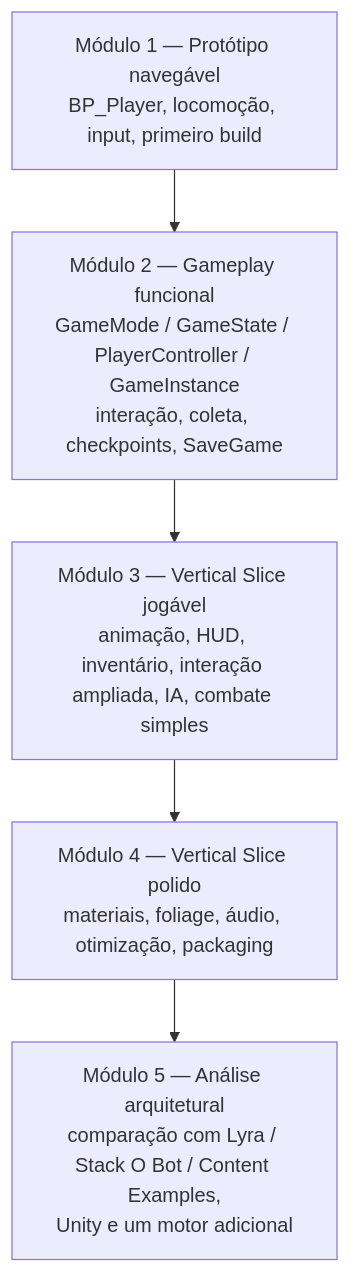
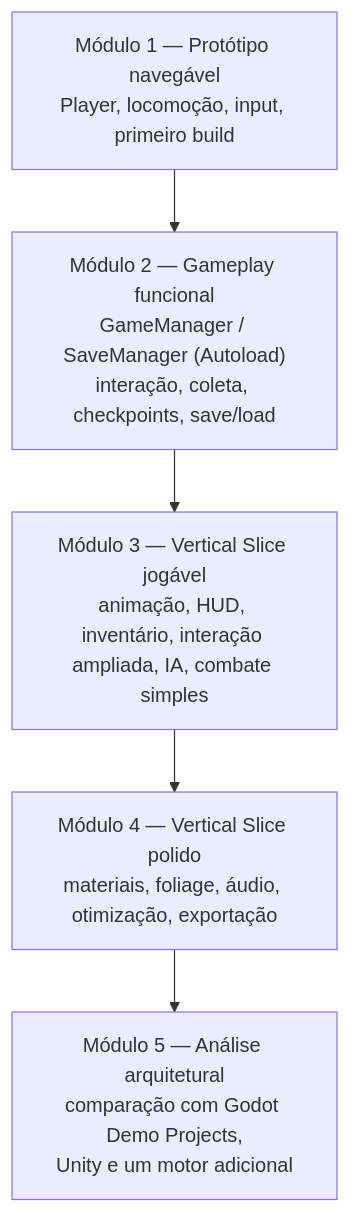
Before and after one commit to rsdevigo/tendencias-motores: the first of 2 diagrams in PROJECT_ARCHITECTURE.md, drawn with Mermaid. The commit also changed other lines of this file and 144 other files, not shown here.

````diff
--- a/PROJECT_ARCHITECTURE.md
+++ b/PROJECT_ARCHITECTURE.md
@@ -349,10 +342,10 @@
 ```mermaid
 flowchart TD
-    M1["Módulo 1 — Protótipo navegável\nBP_Player, locomoção, input, primeiro build"]
-    M2["Módulo 2 — Gameplay funcional\nGameMode / GameState / PlayerController / GameInstance\ninteração, coleta, checkpoints, SaveGame"]
+    M1["Módulo 1 — Protótipo navegável\nPlayer, locomoção, input, primeiro build"]
+    M2["Módulo 2 — Gameplay funcional\nGameManager / SaveManager (Autoload)\ninteração, coleta, checkpoints, save/load"]
     M3["Módulo 3 — Vertical Slice jogável\nanimação, HUD, inventário, interação ampliada, IA, combate simples"]
-    M4["Módulo 4 — Vertical Slice polido\nmateriais, foliage, áudio, otimização, packaging"]
-    M5["Módulo 5 — Análise arquitetural\ncomparação com Lyra / Stack O Bot / Content Examples,\nUnity e um motor adicional"]
+    M4["Módulo 4 — Vertical Slice polido\nmateriais, foliage, áudio, otimização, exportação"]
+    M5["Módulo 5 — Análise arquitetural\ncomparação com Godot Demo Projects,\nUnity e um motor adicional"]
 
     M1 --> M2 --> M3 --> M4 --> M5
 ```
````
